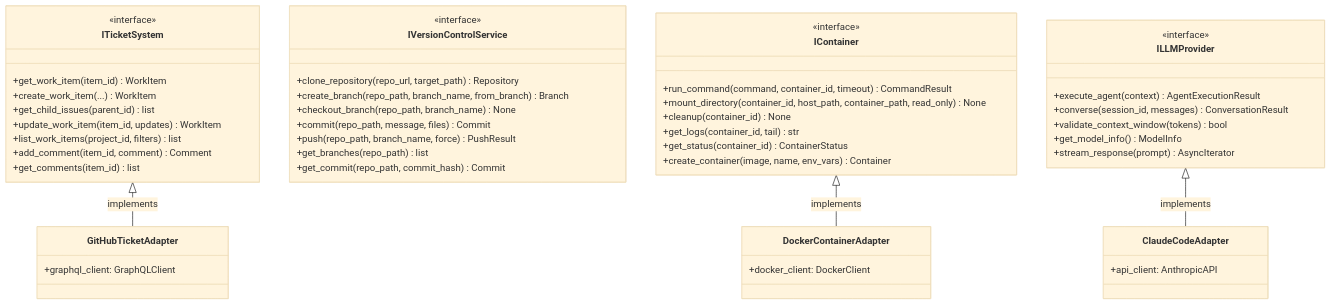
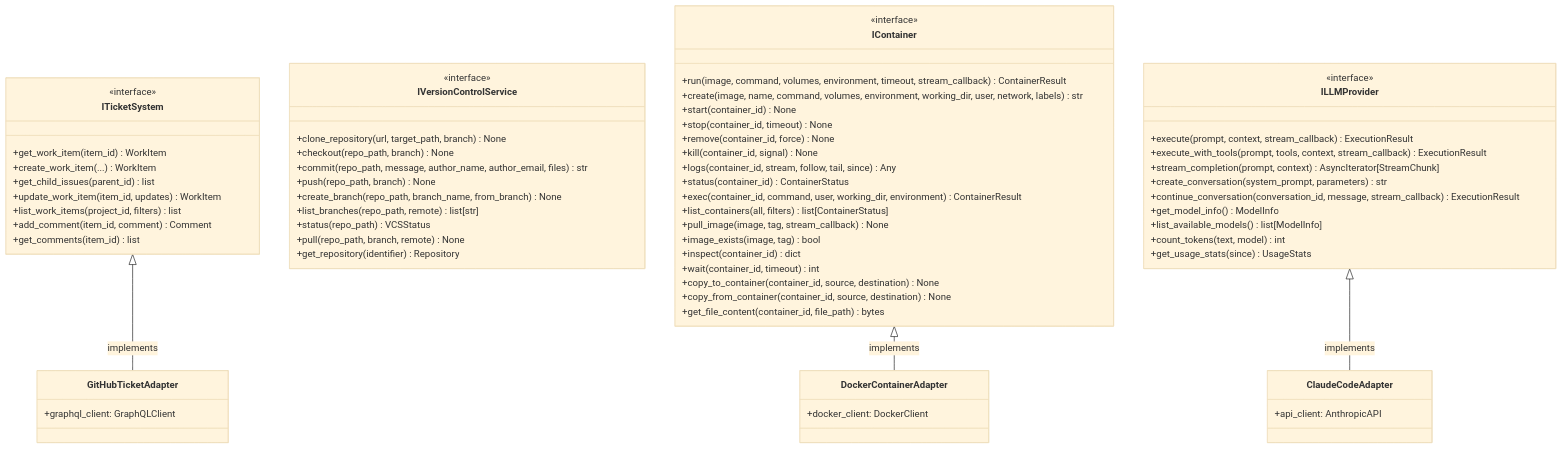
The diagram in documentation/architecture/ports/output/core-system.md (tinkermonkey/codetoreum), drawn with Mermaid (base theme) before and after one commit. The commit also changed other lines of this file, not shown here.

First line of the commit message:
Fix Output Port Interface Documentation (core-system.md)

````diff
--- a/documentation/architecture/ports/output/core-system.md
+++ b/documentation/architecture/ports/output/core-system.md
@@ -408,59 +536,76 @@
 ```mermaid
 classDiagram
     class ITicketSystem {
         <<interface>>
         +get_work_item(item_id) WorkItem
         +create_work_item(...) WorkItem
         +get_child_issues(parent_id) list
         +update_work_item(item_id, updates) WorkItem
         +list_work_items(project_id, filters) list
         +add_comment(item_id, comment) Comment
         +get_comments(item_id) list
     }
     
     class IVersionControlService {
         <<interface>>
-        +clone_repository(repo_url, target_path) Repository
-        +create_branch(repo_path, branch_name, from_branch) Branch
-        +checkout_branch(repo_path, branch_name) None
-        +commit(repo_path, message, files) Commit
-        +push(repo_path, branch_name, force) PushResult
-        +get_branches(repo_path) list
-        +get_commit(repo_path, commit_hash) Commit
+        +clone_repository(url, target_path, branch) None
+        +checkout(repo_path, branch) None
+        +commit(repo_path, message, author_name, author_email, files) str
+        +push(repo_path, branch) None
+        +create_branch(repo_path, branch_name, from_branch) None
+        +list_branches(repo_path, remote) list[str]
+        +status(repo_path) VCSStatus
+        +pull(repo_path, branch, remote) None
+        +get_repository(identifier) Repository
     }
     
     class IContainer {
         <<interface>>
-        +run_command(command, container_id, timeout) CommandResult
-        +mount_directory(container_id, host_path, container_path, read_only) None
-        +cleanup(container_id) None
-        +get_logs(container_id, tail) str
-        +get_status(container_id) ContainerStatus
-        +create_container(image, name, env_vars) Container
+        +run(image, command, volumes, environment, timeout, stream_callback) ContainerResult
+        +create(image, name, command, volumes, environment, working_dir, user, network, labels) str
+        +start(container_id) None
+        +stop(container_id, timeout) None
+        +remove(container_id, force) None
+        +kill(container_id, signal) None
+        +logs(container_id, stream, follow, tail, since) Any
+        +status(container_id) ContainerStatus
+        +exec(container_id, command, user, working_dir, environment) ContainerResult
+        +list_containers(all, filters) list[ContainerStatus]
+        +pull_image(image, tag, stream_callback) None
+        +image_exists(image, tag) bool
+        +inspect(container_id) dict
+        +wait(container_id, timeout) int
+        +copy_to_container(container_id, source, destination) None
+        +copy_from_container(container_id, source, destination) None
+        +get_file_content(container_id, file_path) bytes
     }
     
     class ILLMProvider {
         <<interface>>
-        +execute_agent(context) AgentExecutionResult
-        +converse(session_id, messages) ConversationResult
-        +validate_context_window(tokens) bool
+        +execute(prompt, context, stream_callback) ExecutionResult
+        +execute_with_tools(prompt, tools, context, stream_callback) ExecutionResult
+        +stream_completion(prompt, context) AsyncIterator[StreamChunk]
+        +create_conversation(system_prompt, parameters) str
+        +continue_conversation(conversation_id, message, stream_callback) ExecutionResult
         +get_model_info() ModelInfo
-        +stream_response(prompt) AsyncIterator
+        +list_available_models() list[ModelInfo]
+        +count_tokens(text, model) int
+        +get_usage_stats(since) UsageStats
     }
     
     class GitHubTicketAdapter {
         +graphql_client: GraphQLClient
     }
     
     class DockerContainerAdapter {
         +docker_client: DockerClient
     }
     
     class ClaudeCodeAdapter {
         +api_client: AnthropicAPI
     }
     
     ITicketSystem <|-- GitHubTicketAdapter: implements
     IContainer <|-- DockerContainerAdapter: implements
     ILLMProvider <|-- ClaudeCodeAdapter: implements
 ```
````
